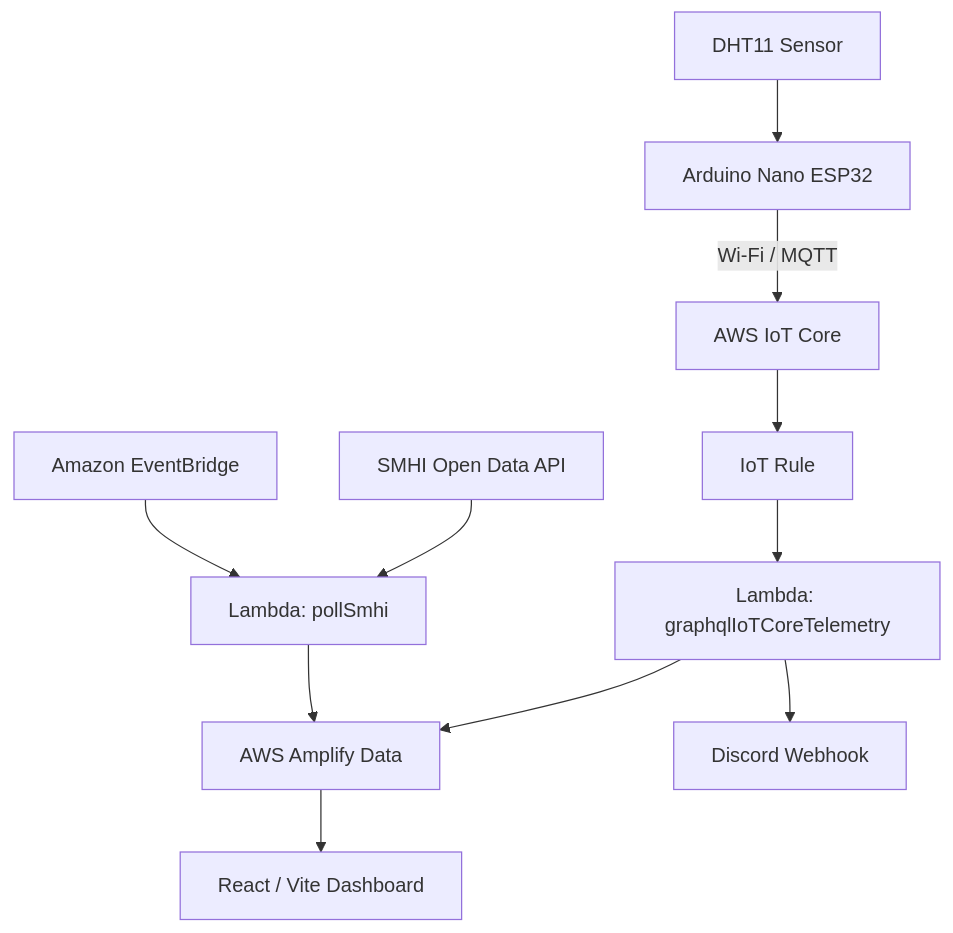
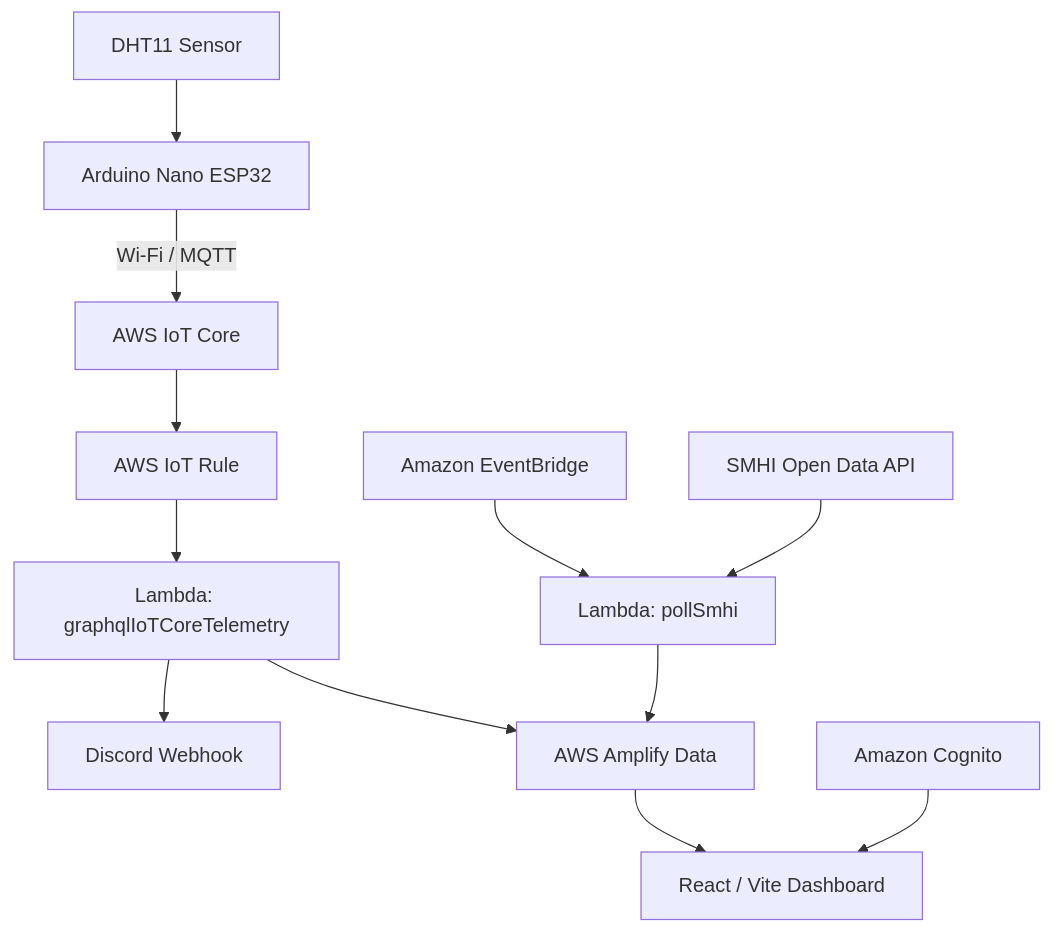
Before and after one commit to guduudow846/amplify-vite-react-template-2025-modified-main: the diagram in README.md, drawn with Mermaid. The commit also changed other lines of this file, not shown here.

````diff
--- a/README.md
+++ b/README.md
@@ -23,15 +62,16 @@
 ```mermaid
 flowchart TD
     A[DHT11 Sensor] --> B[Arduino Nano ESP32]
     B -->|Wi-Fi / MQTT| C[AWS IoT Core]
-    C --> D[IoT Rule]
+    C --> D[AWS IoT Rule]
     D --> E[Lambda: graphqlIoTCoreTelemetry]
     E --> F[AWS Amplify Data]
     F --> G[React / Vite Dashboard]
 
-    H[SMHI Open Data API] --> I[Lambda: pollSmhi]
-    J[Amazon EventBridge] --> I
+    H[Amazon EventBridge] --> I[Lambda: pollSmhi]
+    J[SMHI Open Data API] --> I
     I --> F
 
     E --> K[Discord Webhook]
+    L[Amazon Cognito] --> G
 ```
````
